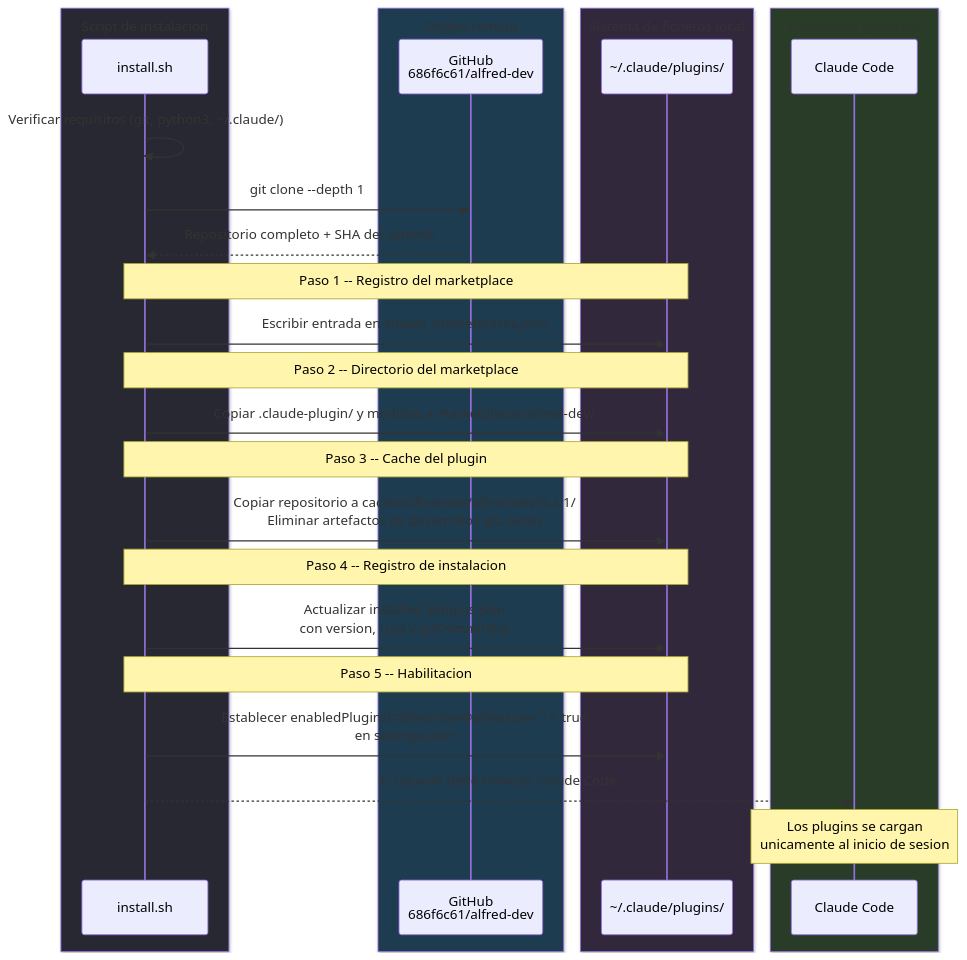
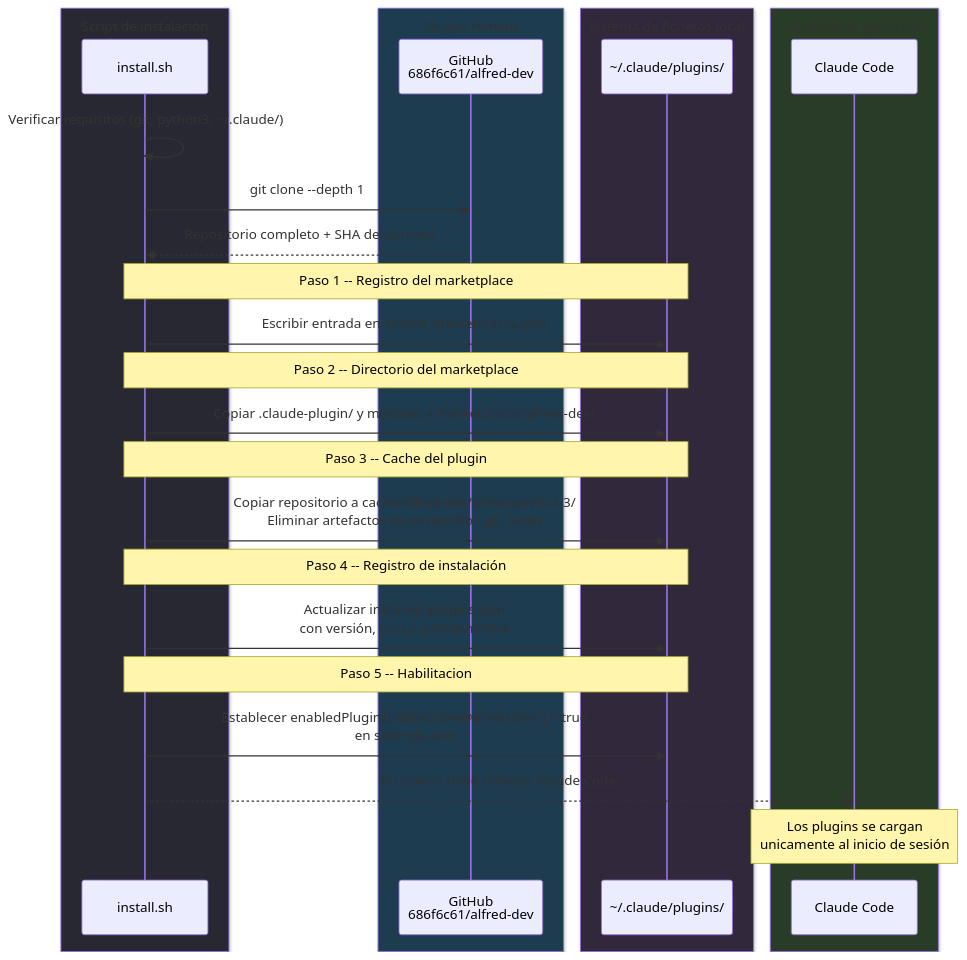
Before and after one commit to 686f6c61/alfred-dev: the diagram in docs/installation.md, drawn with Mermaid. The commit also changed other lines of this file and 93 other files, not shown here.

````diff
--- a/docs/installation.md
+++ b/docs/installation.md
@@ -114,37 +114,37 @@
 ```mermaid
 sequenceDiagram
-    box rgb(40, 40, 50) Script de instalacion
+    box rgb(40, 40, 50) Script de instalación
         participant S as install.sh
     end
     box rgb(30, 60, 80) Origen remoto
         participant GH as GitHub<br/>686f6c61/alfred-dev
     end
     box rgb(50, 40, 60) Sistema de ficheros local
         participant P as ~/.claude/plugins/
     end
-    box rgb(40, 60, 40) Entorno de ejecucion
+    box rgb(40, 60, 40) Entorno de ejecución
         participant CC as Claude Code
     end
 
     S->>S: Verificar requisitos (git, python3, ~/.claude/)
     S->>GH: git clone --depth 1
     GH-->>S: Repositorio completo + SHA del commit
 
     Note over S,P: Paso 1 -- Registro del marketplace
     S->>P: Escribir entrada en known_marketplaces.json
 
     Note over S,P: Paso 2 -- Directorio del marketplace
     S->>P: Copiar .claude-plugin/ y modulos a marketplaces/alfred-dev/
 
     Note over S,P: Paso 3 -- Cache del plugin
-    S->>P: Copiar repositorio a cache/alfred-dev/alfred-dev/0.2.1/<br/>Eliminar artefactos de desarrollo (.git, tests)
+    S->>P: Copiar repositorio a cache/alfred-dev/alfred-dev/0.2.3/<br/>Eliminar artefactos de desarrollo (.git, tests)
 
-    Note over S,P: Paso 4 -- Registro de instalacion
-    S->>P: Actualizar installed_plugins.json<br/>con version, ruta y gitCommitSha
+    Note over S,P: Paso 4 -- Registro de instalación
+    S->>P: Actualizar installed_plugins.json<br/>con versión, ruta y gitCommitSha
 
     Note over S,P: Paso 5 -- Habilitacion
     S->>P: Establecer enabledPlugins["alfred-dev@alfred-dev"] = true<br/>en settings.json
 
     S-->>CC: El usuario debe reiniciar Claude Code
-    Note over CC: Los plugins se cargan<br/>unicamente al inicio de sesion
+    Note over CC: Los plugins se cargan<br/>unicamente al inicio de sesión
 ```
````
